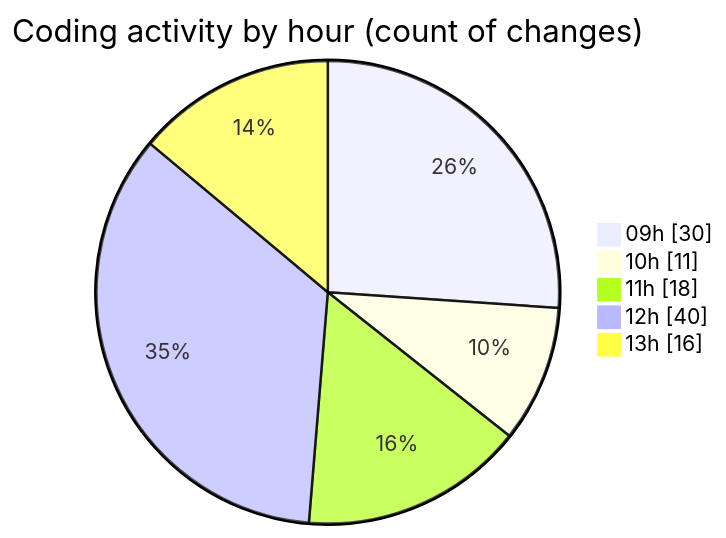
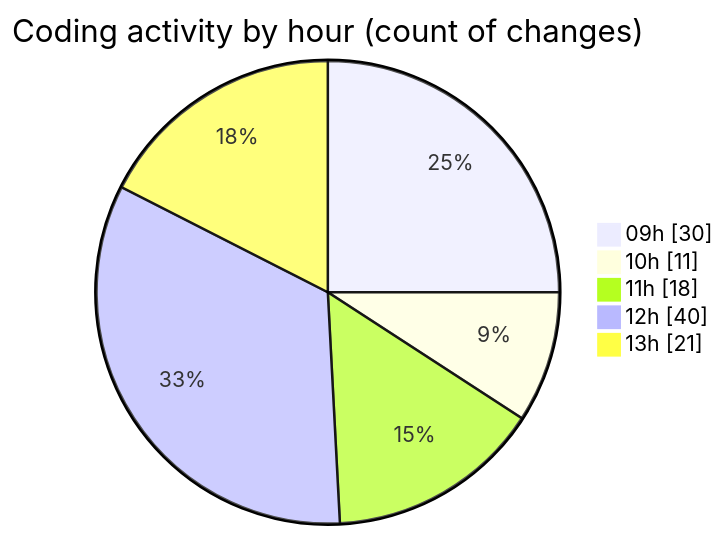
The second of 2 diagrams in 2025-03-05/cda/README.md (momahboobian/code-tracking), drawn with Mermaid before and after one commit. The commit also changed other lines of this file and 1 other file, not shown here.

````diff
--- a/2025-03-05/cda/README.md
+++ b/2025-03-05/cda/README.md
@@ -59,9 +59,9 @@
 ```mermaid
 pie showData
 title Coding activity by hour (count of changes)
 "09h" : 30
 "10h" : 11
 "11h" : 18
 "12h" : 40
-"13h" : 16
+"13h" : 21
 ```
````
